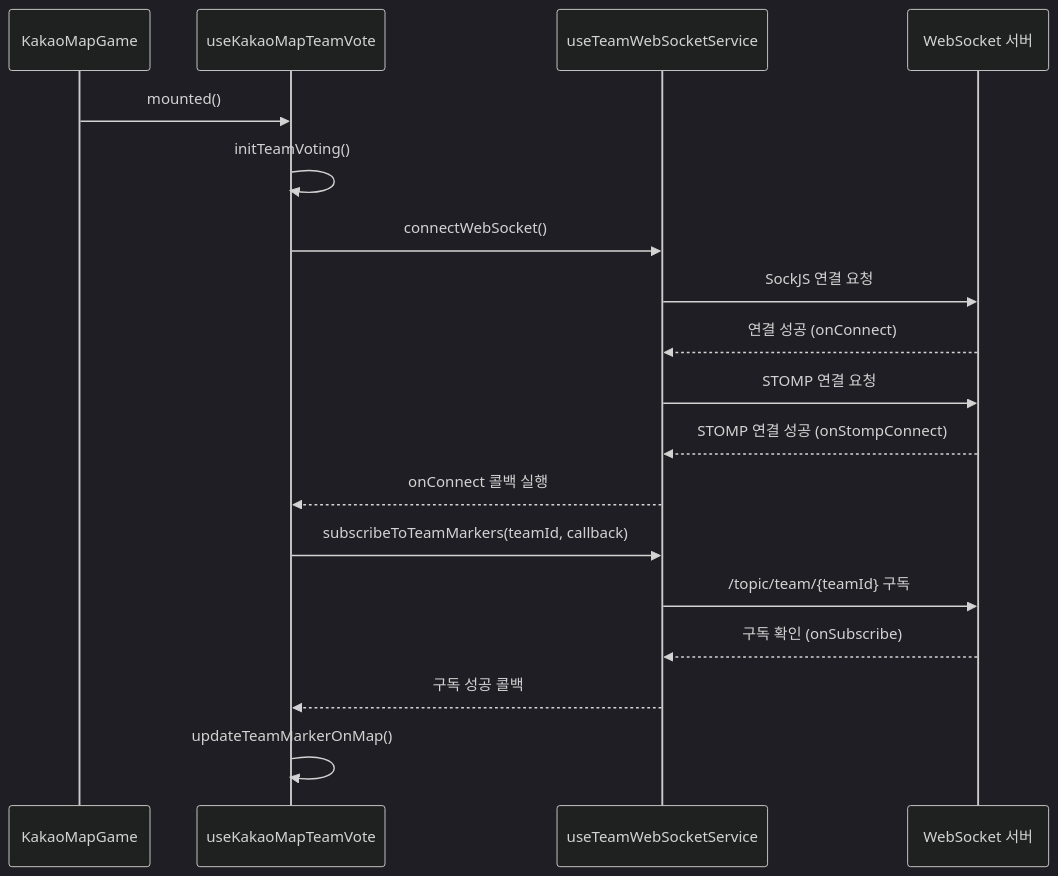
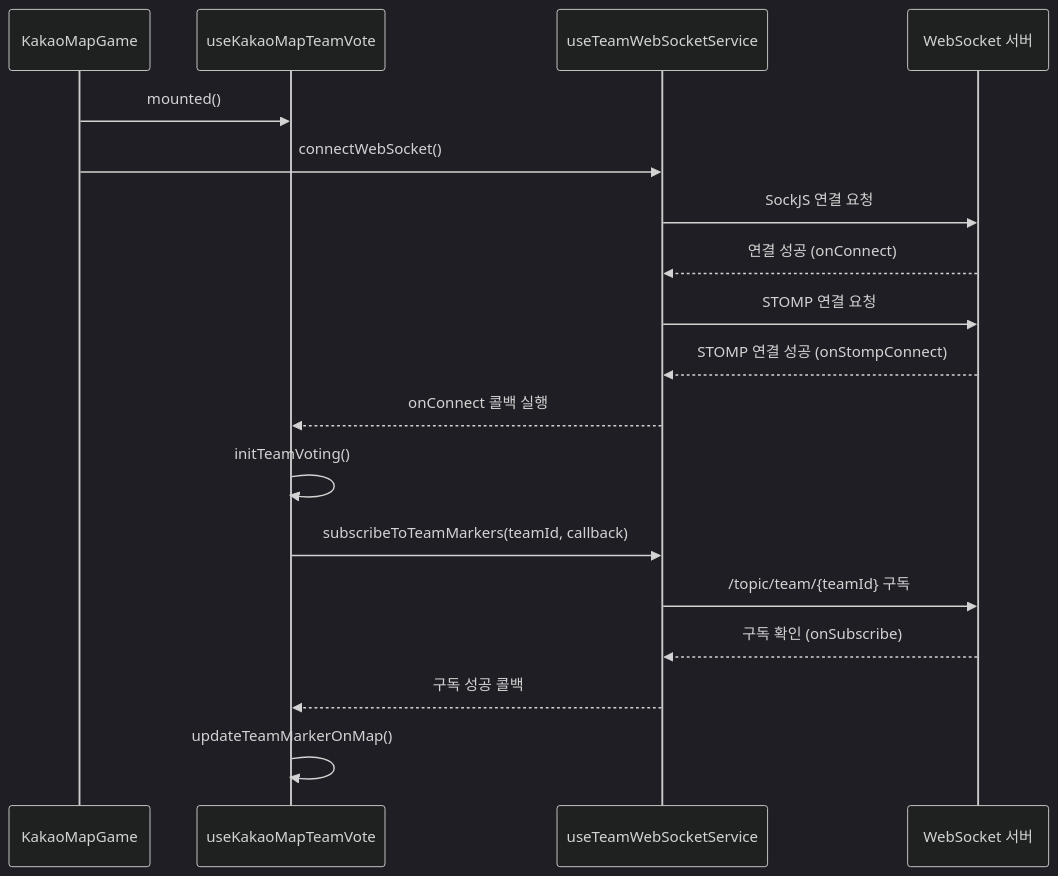
Before and after one commit to hamlsy/KoSpot-frontend: the second of 4 diagrams in src/features/game/shared/components/Kakao/KakaoMapGame/README.md, drawn with Mermaid (dark theme). The commit also changed other lines of this file and 10 other files, not shown here.

````diff
--- a/src/features/game/shared/components/Kakao/KakaoMapGame/README.md
+++ b/src/features/game/shared/components/Kakao/KakaoMapGame/README.md
@@ -40,21 +41,21 @@
 ```mermaid
 sequenceDiagram
     participant KakaoMapGame
     participant TeamVote as useKakaoMapTeamVote
     participant WSService as useTeamWebSocketService
     participant WS as WebSocket 서버
     
     KakaoMapGame->>TeamVote: mounted()
-    TeamVote->>TeamVote: initTeamVoting()
-    TeamVote->>WSService: connectWebSocket()
+    KakaoMapGame->>WSService: connectWebSocket()
     WSService->>WS: SockJS 연결 요청
     WS-->>WSService: 연결 성공 (onConnect)
     WSService->>WS: STOMP 연결 요청
     WS-->>WSService: STOMP 연결 성공 (onStompConnect)
     WSService-->>TeamVote: onConnect 콜백 실행
+    TeamVote->>TeamVote: initTeamVoting()
     TeamVote->>WSService: subscribeToTeamMarkers(teamId, callback)
     WSService->>WS: /topic/team/{teamId} 구독
     WS-->>WSService: 구독 확인 (onSubscribe)
     WSService-->>TeamVote: 구독 성공 콜백
     TeamVote->>TeamVote: updateTeamMarkerOnMap()
 ```
````
